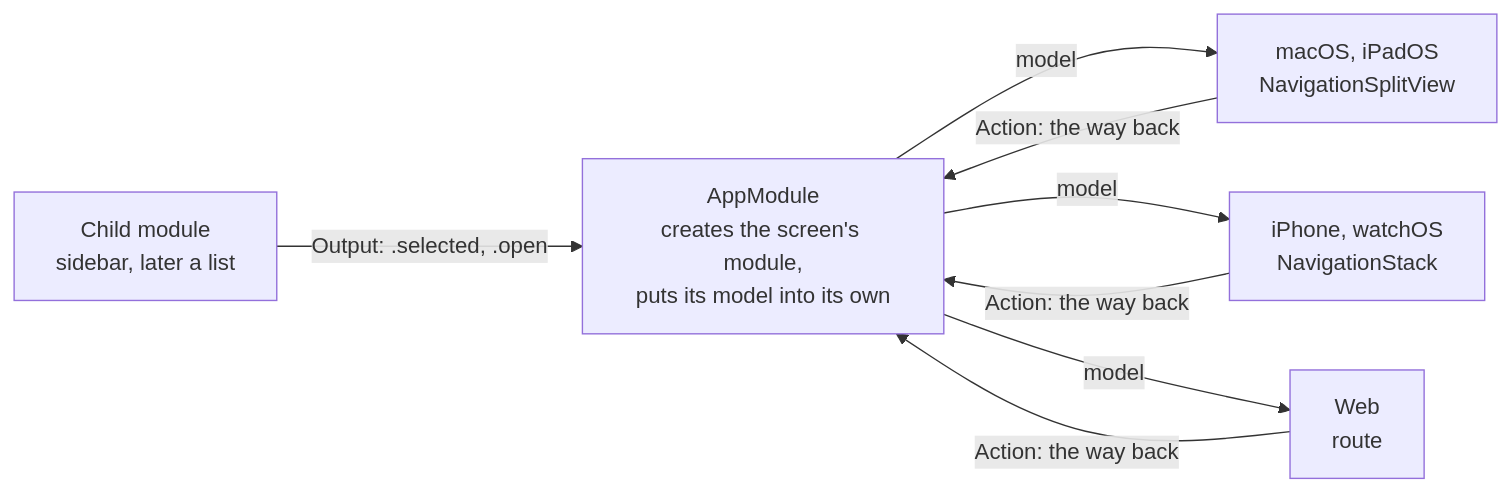
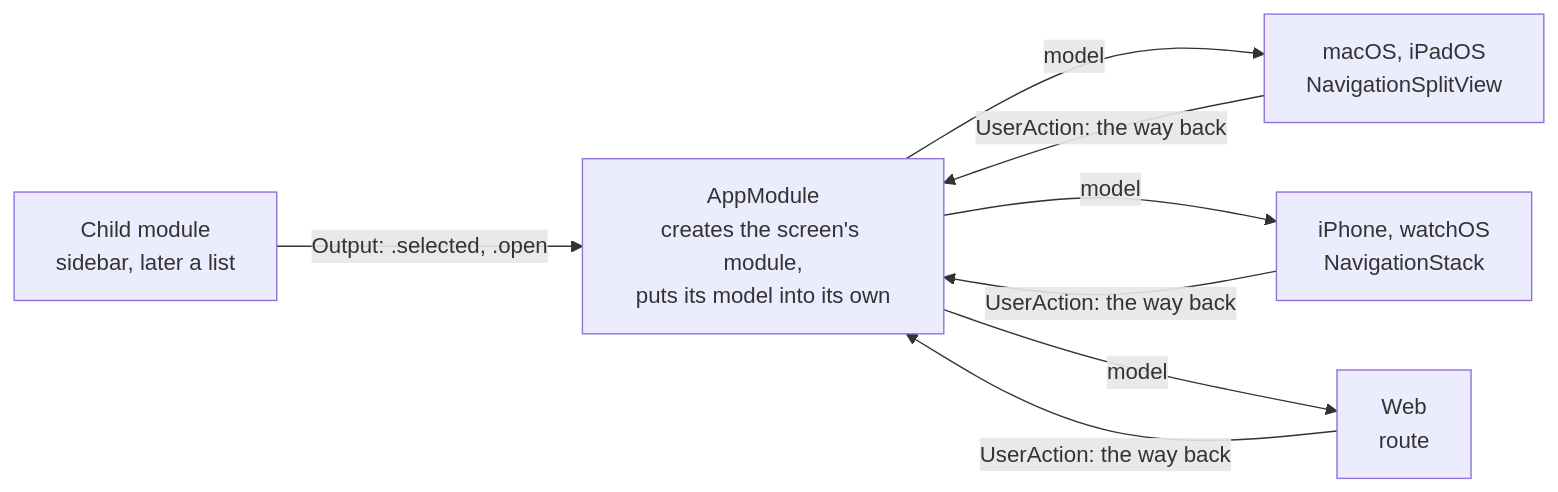
Before and after one commit to maldrakar/todo-app: the first of 4 diagrams in docs/specs/feature-module-architecture.md, drawn with Mermaid. The commit also changed other lines of this file, not shown here.

````diff
--- a/docs/specs/feature-module-architecture.md
+++ b/docs/specs/feature-module-architecture.md
@@ -117,10 +117,10 @@
 ```mermaid
 flowchart LR
   Child[Child module<br/>sidebar, later a list] -- "Output: .selected, .open" --> Root[AppModule<br/>creates the screen's module,<br/>puts its model into its own]
   Root -- "model" --> Mac[macOS, iPadOS<br/>NavigationSplitView]
   Root -- "model" --> Phone[iPhone, watchOS<br/>NavigationStack]
   Root -- "model" --> Web[Web<br/>route]
-  Mac -- "Action: the way back" --> Root
-  Phone -- "Action: the way back" --> Root
-  Web -- "Action: the way back" --> Root
+  Mac -- "UserAction: the way back" --> Root
+  Phone -- "UserAction: the way back" --> Root
+  Web -- "UserAction: the way back" --> Root
 ```
````
